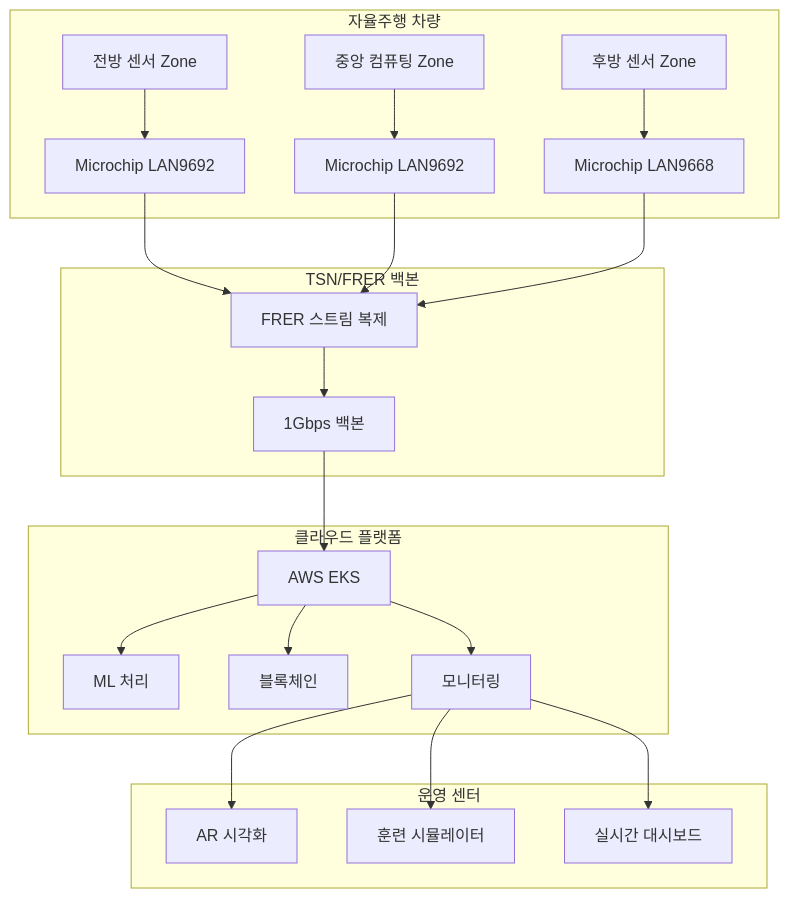
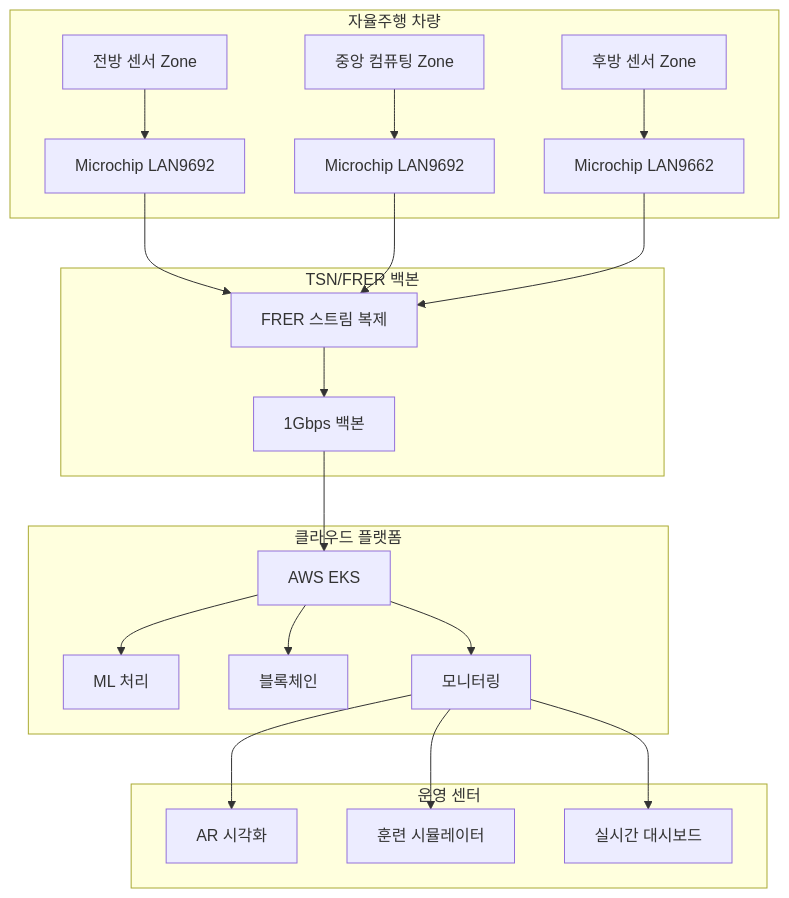
One commit to hwkim3330/a2z changed the diagram in README.ko.md. Above: the diagram before and after it, drawn with Mermaid. The commit also changed other lines of this file and 24 other files, not shown here.

````diff
--- a/README.ko.md
+++ b/README.ko.md
@@ -64,28 +64,28 @@
 ```mermaid
 graph TB
     subgraph "자율주행 차량"
         A[전방 센서 Zone] --> D[Microchip LAN9692]
         B[중앙 컴퓨팅 Zone] --> E[Microchip LAN9692]
-        C[후방 센서 Zone] --> F[Microchip LAN9668]
+        C[후방 센서 Zone] --> F[Microchip LAN9662]
     end
     
     subgraph "TSN/FRER 백본"
         D --> G[FRER 스트림 복제]
         E --> G
         F --> G
         G --> H[1Gbps 백본]
     end
     
     subgraph "클라우드 플랫폼"
         H --> I[AWS EKS]
         I --> J[ML 처리]
         I --> K[블록체인]
         I --> L[모니터링]
     end
     
     subgraph "운영 센터"
         L --> M[AR 시각화]
         L --> N[훈련 시뮬레이터]
         L --> O[실시간 대시보드]
     end
 ```
````
